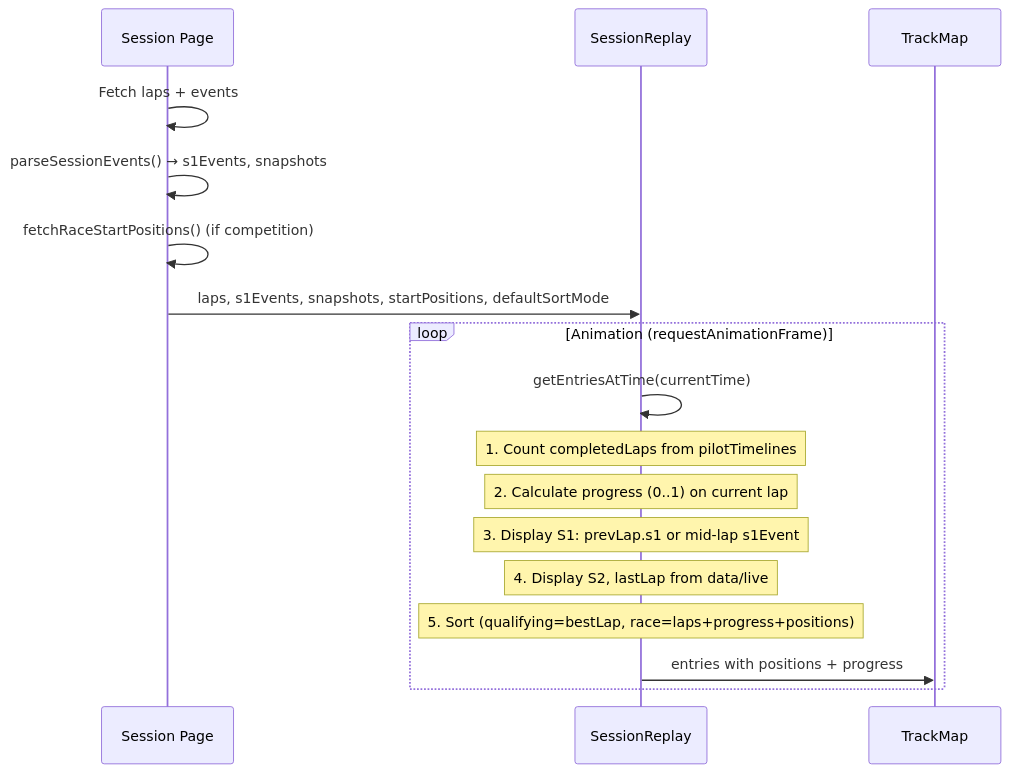
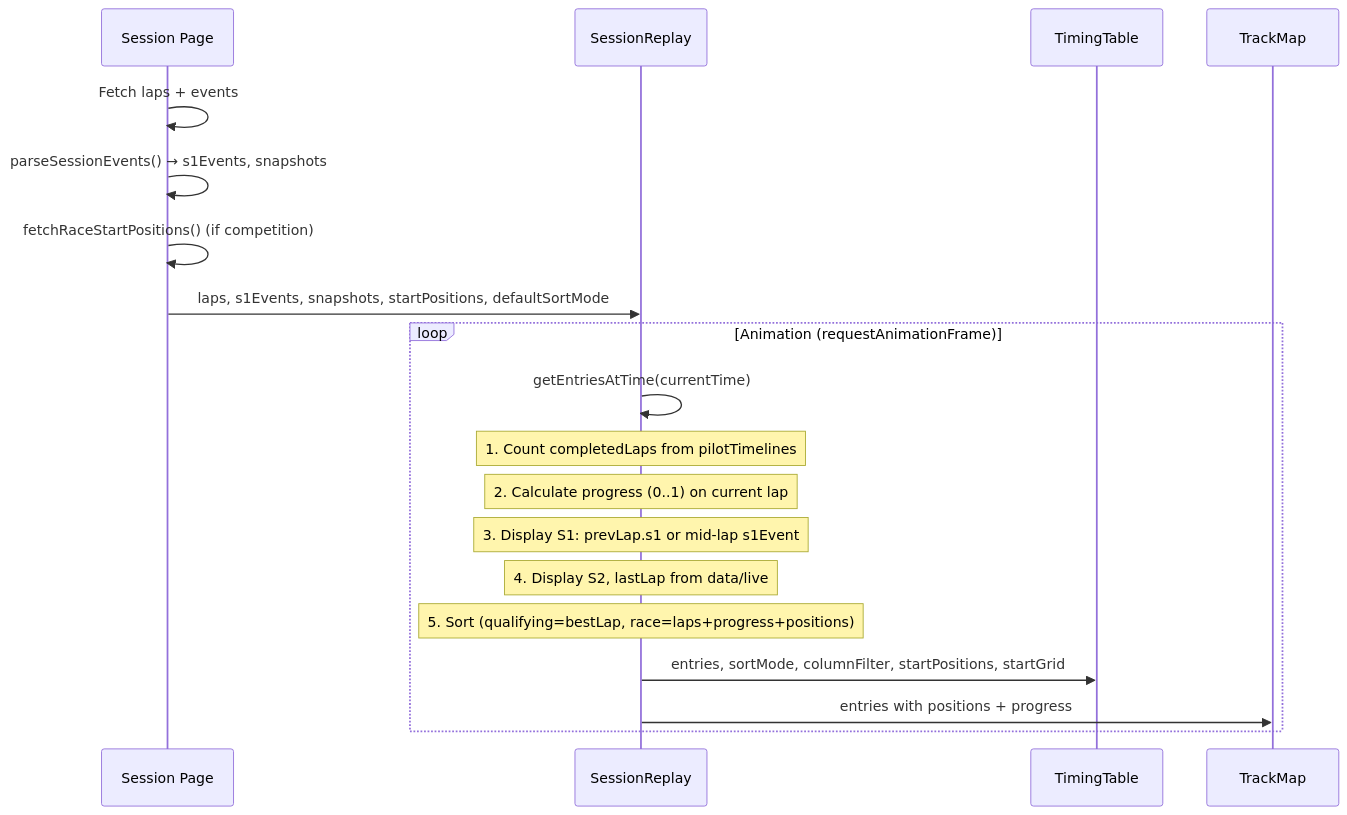
The third of 5 diagrams in docs/architecture.md (makandrol/karting), drawn with Mermaid before and after one commit. The commit also changed other lines of this file and 10 other files, not shown here.

First line of the commit message:
v0.9.195: extract TimingTable, rewrite competition live session, UI polish, layout prefs bugfix

````diff
--- a/docs/architecture.md
+++ b/docs/architecture.md
@@ -116,21 +116,23 @@
 ```mermaid
 sequenceDiagram
     participant Page as Session Page
     participant SR as SessionReplay
+    participant TT as TimingTable
     participant Track as TrackMap
 
     Page->>Page: Fetch laps + events
     Page->>Page: parseSessionEvents() → s1Events, snapshots
     Page->>Page: fetchRaceStartPositions() (if competition)
     Page->>SR: laps, s1Events, snapshots, startPositions, defaultSortMode
 
     loop Animation (requestAnimationFrame)
         SR->>SR: getEntriesAtTime(currentTime)
         Note over SR: 1. Count completedLaps from pilotTimelines
         Note over SR: 2. Calculate progress (0..1) on current lap
         Note over SR: 3. Display S1: prevLap.s1 or mid-lap s1Event
         Note over SR: 4. Display S2, lastLap from data/live
         Note over SR: 5. Sort (qualifying=bestLap, race=laps+progress+positions)
+        SR->>TT: entries, sortMode, columnFilter, startPositions, startGrid
         SR->>Track: entries with positions + progress
     end
 ```
````
